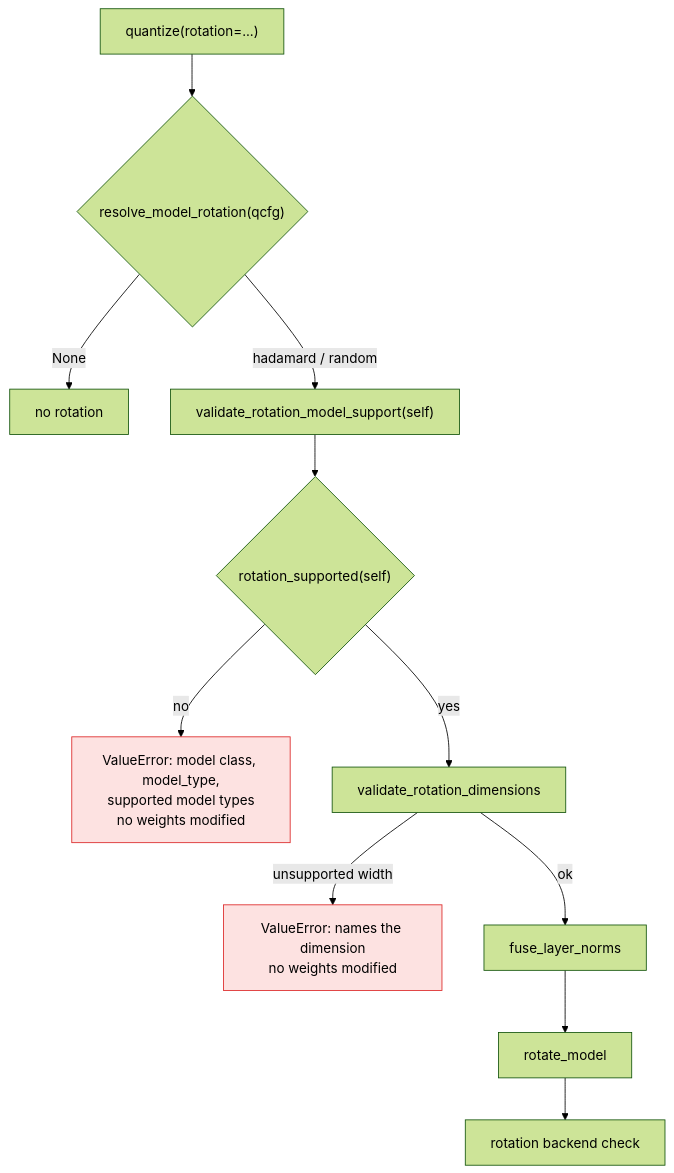
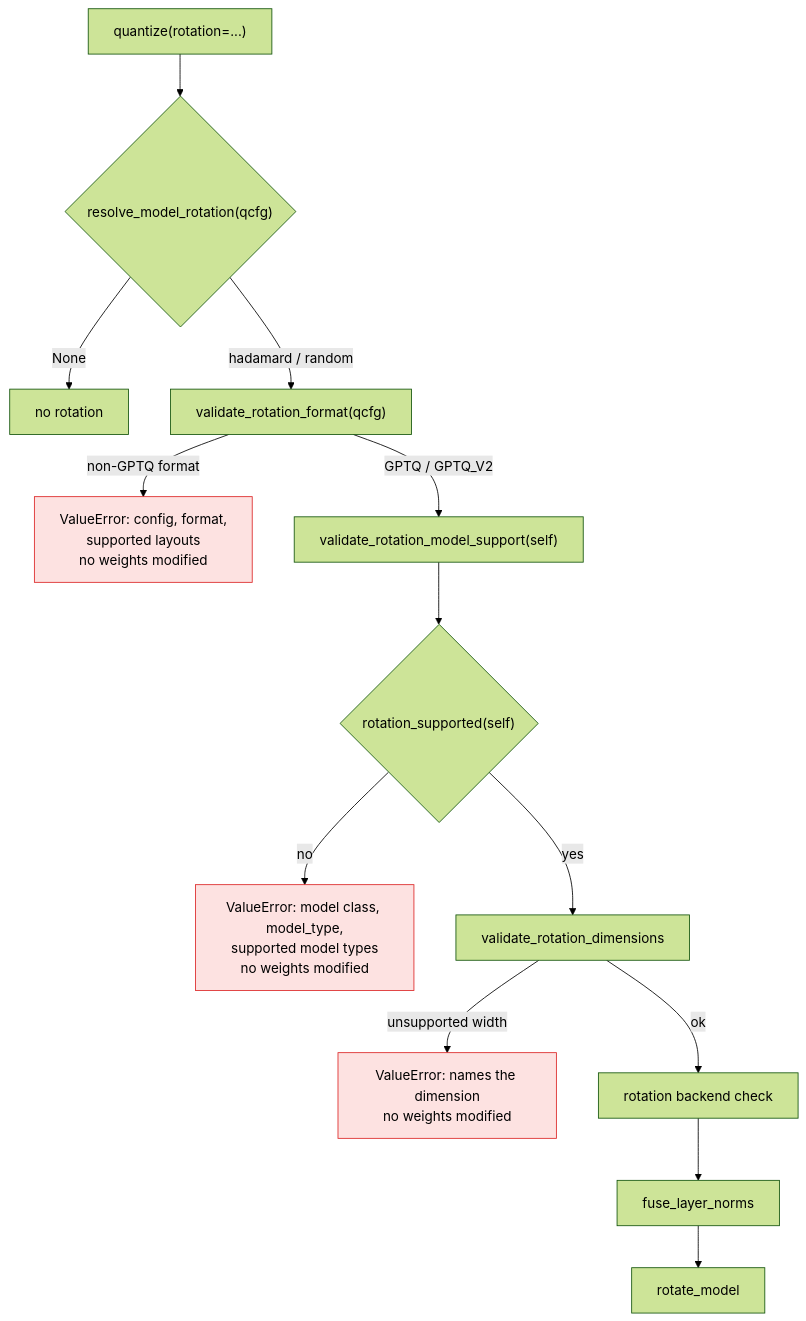
The first of 2 diagrams in docs/rotation-model-support.md (ModelCloud/GPTQModel), drawn with Mermaid (forest theme) before and after one commit. The commit also changed other lines of this file and 4 other files, not shown here.

First line of the commit message:
fix(config): reject model-wide rotation on non-GPTQ formats

````diff
--- a/docs/rotation-model-support.md
+++ b/docs/rotation-model-support.md
@@ -38,15 +38,18 @@
 ```mermaid
 flowchart TD
     A["quantize(rotation=...)"] --> B{"resolve_model_rotation(qcfg)"}
     B -->|"None"| Z["no rotation"]
-    B -->|"hadamard / random"| C["validate_rotation_model_support(self)"]
-    C --> D{"rotation_supported(self)"}
+    B -->|"hadamard / random"| C["validate_rotation_format(qcfg)"]
+    C -->|"non-GPTQ format"| E0["ValueError: config, format,<br/>supported layouts<br/>no weights modified"]
+    C -->|"GPTQ / GPTQ_V2"| D0["validate_rotation_model_support(self)"]
+    D0 --> D{"rotation_supported(self)"}
     D -->|"no"| E["ValueError: model class, model_type,<br/>supported model types<br/>no weights modified"]
     D -->|"yes"| F["validate_rotation_dimensions"]
     F -->|"unsupported width"| G["ValueError: names the dimension<br/>no weights modified"]
-    F -->|"ok"| H["fuse_layer_norms"]
-    H --> I["rotate_model"]
-    I --> J["rotation backend check"]
+    F -->|"ok"| H["rotation backend check"]
+    H --> I["fuse_layer_norms"]
+    I --> J["rotate_model"]
     style E fill:#fde2e1,stroke:#dc2626
+    style E0 fill:#fde2e1,stroke:#dc2626
     style G fill:#fde2e1,stroke:#dc2626
 ```
````
